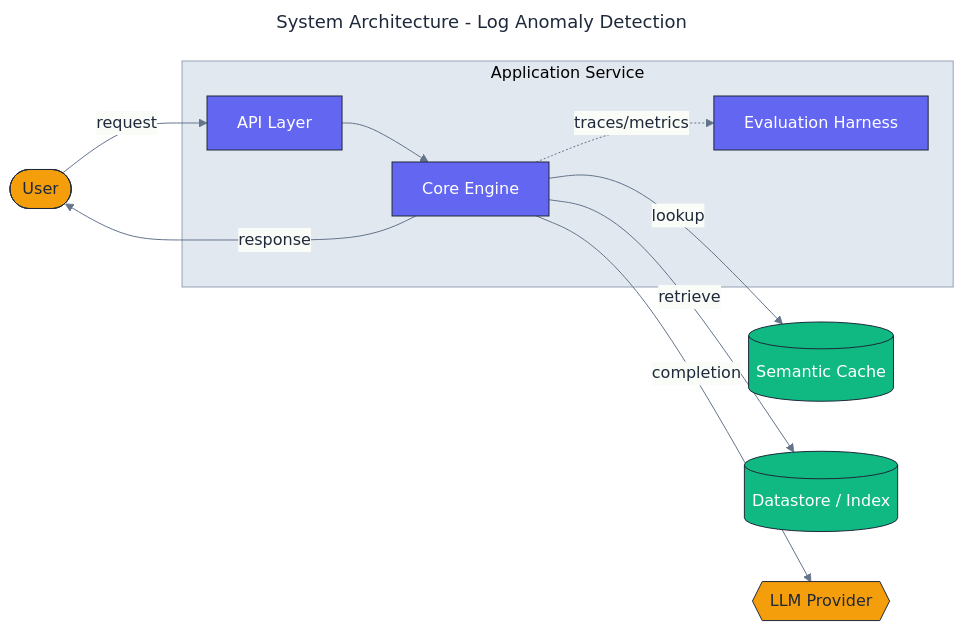
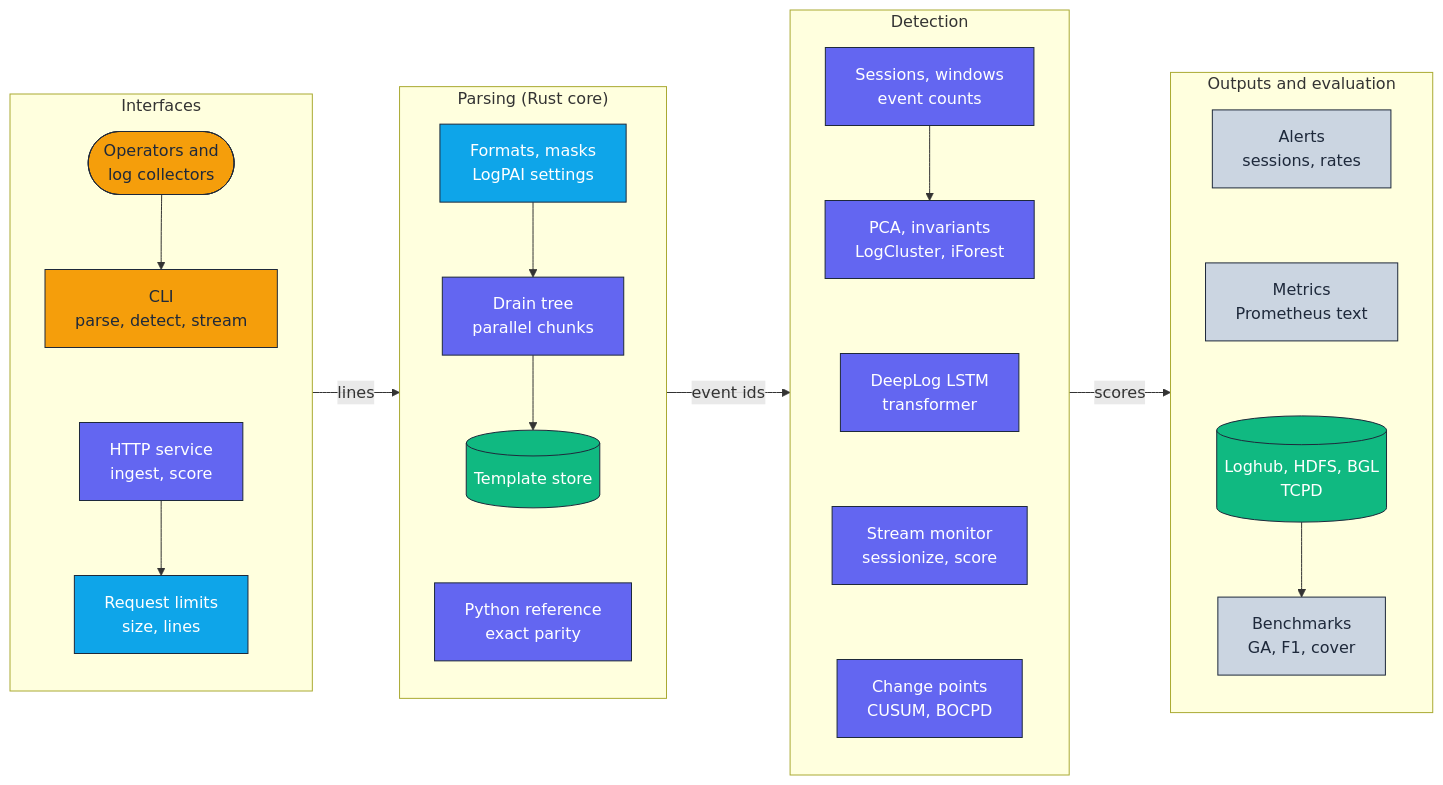
Before and after one commit to adeoluo/log-anomaly-detection: the diagram in docs/architecture/architecture.mmd, drawn with Mermaid. The commit also changed 12 other files, not shown here.

Commit message:
docs: ADRs, data, model and threat cards, architecture diagram, data download script (#6)

```diff
--- a/docs/architecture/architecture.mmd
+++ b/docs/architecture/architecture.mmd
@@ -1,38 +1,47 @@
----
-title: System Architecture - Log Anomaly Detection
-config:
-  theme: base
-  themeVariables:
-    fontFamily: "Inter, system-ui, sans-serif"
-    primaryColor: "#F8FAFC"
-    primaryBorderColor: "#1E293B"
-    primaryTextColor: "#1E293B"
-    lineColor: "#64748B"
-    clusterBkg: "#E2E8F0"
-    clusterBorder: "#94A3B8"
----
 flowchart LR
+    classDef edge     fill:#F59E0B,stroke:#1E293B,color:#1E293B,stroke-width:1px;
     classDef core     fill:#6366F1,stroke:#1E293B,color:#ffffff,stroke-width:1px;
     classDef data     fill:#10B981,stroke:#1E293B,color:#ffffff,stroke-width:1px;
-    classDef external fill:#F59E0B,stroke:#1E293B,color:#1E293B,stroke-width:1px;
-    classDef danger   fill:#EF4444,stroke:#1E293B,color:#ffffff,stroke-width:1px;
+    classDef control  fill:#0EA5E9,stroke:#1E293B,color:#ffffff,stroke-width:1px;
+    classDef obs      fill:#CBD5E1,stroke:#1E293B,color:#1E293B,stroke-width:1px;
 
-    User([User]):::external
-
-    subgraph Application["Application Service"]
-        API[API Layer]:::core
-        Core[Core Engine]:::core
-        Evaluation[Evaluation Harness]:::core
+    subgraph Interfaces["Interfaces"]
+        direction TB
+        Users([Operators and<br/>log collectors]):::edge
+        CLI["CLI<br/>parse, detect, stream"]:::edge
+        HTTP["HTTP service<br/>ingest, score"]:::core
+        Limits["Request limits<br/>size, lines"]:::control
+        Users --> CLI ~~~ HTTP --> Limits
     end
 
-    Cache[(Semantic Cache)]:::data
-    Store[(Datastore / Index)]:::data
-    LLM{{LLM Provider}}:::external
+    subgraph Parsing["Parsing (Rust core)"]
+        direction TB
+        Formats["Formats, masks<br/>LogPAI settings"]:::control
+        Drain["Drain tree<br/>parallel chunks"]:::core
+        Reference["Python reference<br/>exact parity"]:::core
+        Templates[("Template store")]:::data
+        Formats --> Drain --> Templates ~~~ Reference
+    end
 
-    User -->|request| API
-    API --> Core
-    Core -->|lookup| Cache
-    Core -->|retrieve| Store
-    Core -->|completion| LLM
-    Core -.->|traces/metrics| Evaluation
-    Core -->|response| User
+    subgraph Detection["Detection"]
+        direction TB
+        Features["Sessions, windows<br/>event counts"]:::core
+        Count["PCA, invariants<br/>LogCluster, iForest"]:::core
+        Neural["DeepLog LSTM<br/>transformer"]:::core
+        Monitor["Stream monitor<br/>sessionize, score"]:::core
+        Changes["Change points<br/>CUSUM, BOCPD"]:::core
+        Features --> Count ~~~ Neural ~~~ Monitor ~~~ Changes
+    end
+
+    subgraph Outputs["Outputs and evaluation"]
+        direction TB
+        Alerts["Alerts<br/>sessions, rates"]:::obs
+        Metrics["Metrics<br/>Prometheus text"]:::obs
+        Bench["Benchmarks<br/>GA, F1, cover"]:::obs
+        Datasets[("Loghub, HDFS, BGL<br/>TCPD")]:::data
+        Alerts ~~~ Metrics ~~~ Datasets --> Bench
+    end
+
+    Interfaces -->|lines| Parsing
+    Parsing -->|event ids| Detection
+    Detection -->|scores| Outputs
```
